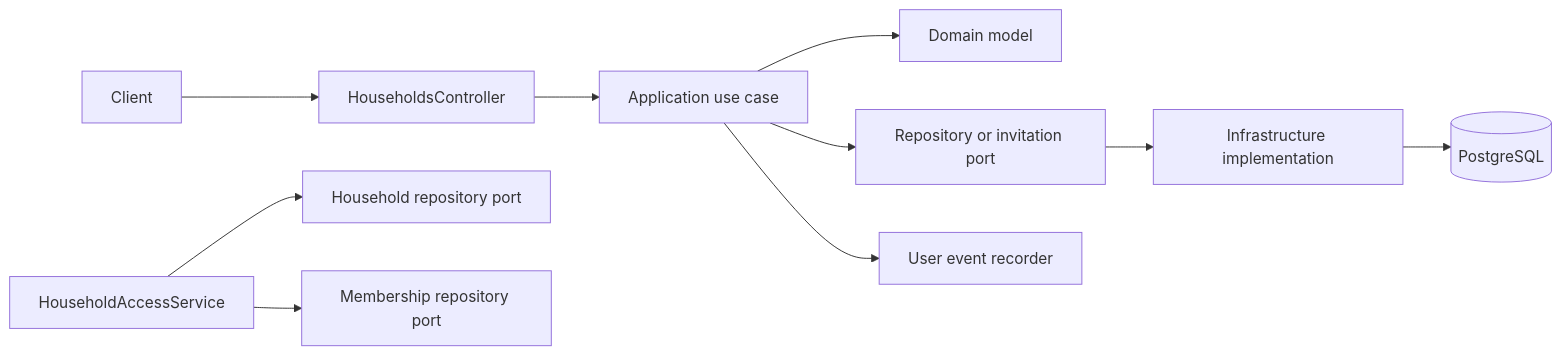
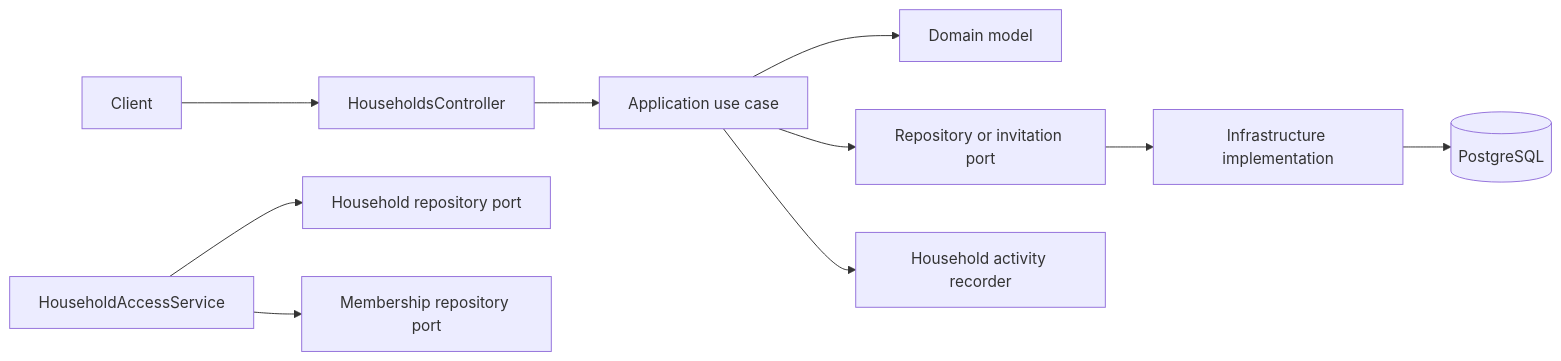
One commit to treedenn/Domu changed the second of 3 diagrams in backend/dotnet/src/Domu.Api/Features/Households/README.md. Above: the diagram before and after it, drawn with Mermaid. The commit also changed other lines of this file and 55 other files, not shown here.

Commit message:
feat(activities): introduce household activity recorder and query service with related entities and actions

````diff
--- a/backend/dotnet/src/Domu.Api/Features/Households/README.md
+++ b/backend/dotnet/src/Domu.Api/Features/Households/README.md
@@ -60,13 +60,13 @@
 ```mermaid
 flowchart LR
     Client --> Controller[HouseholdsController]
     Controller --> UseCase[Application use case]
     UseCase --> Domain[Domain model]
     UseCase --> Port[Repository or invitation port]
     Port --> Infrastructure[Infrastructure implementation]
     Infrastructure --> Database[(PostgreSQL)]
-    UseCase --> Events[User event recorder]
+    UseCase --> Activities[Household activity recorder]
 
     Access[HouseholdAccessService] --> HouseholdPort[Household repository port]
     Access --> MemberPort[Membership repository port]
 ```
````
